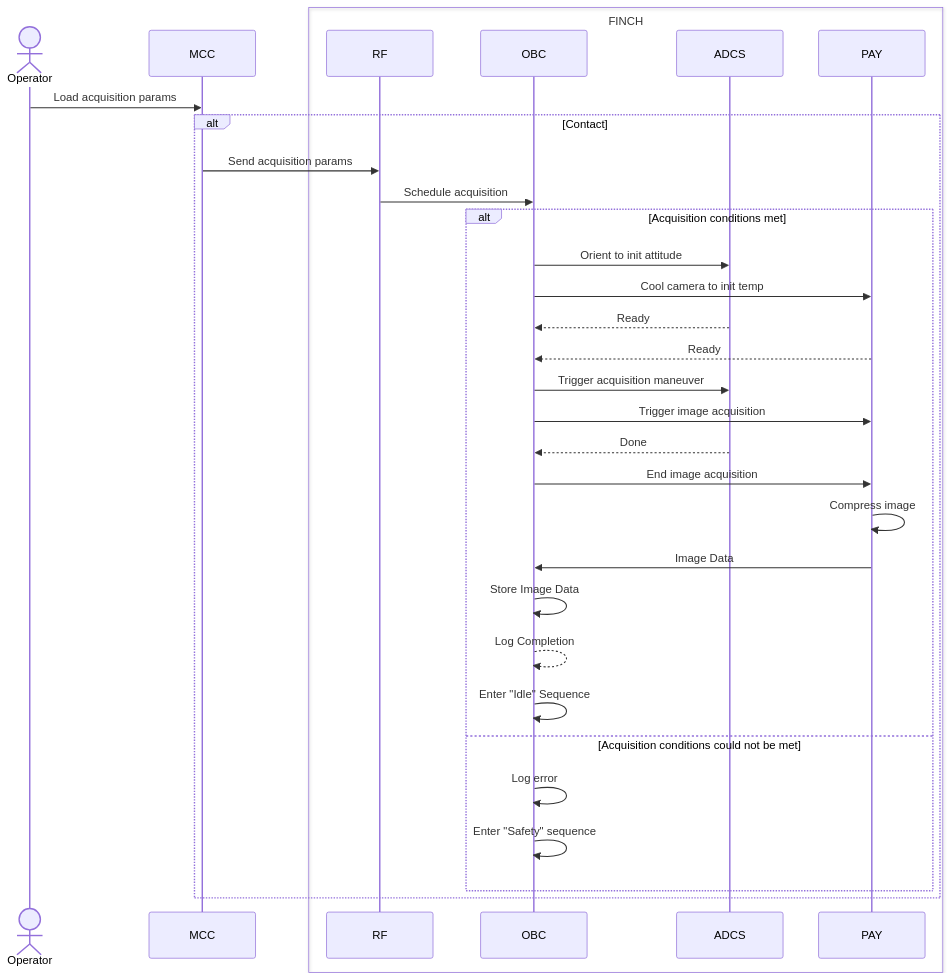
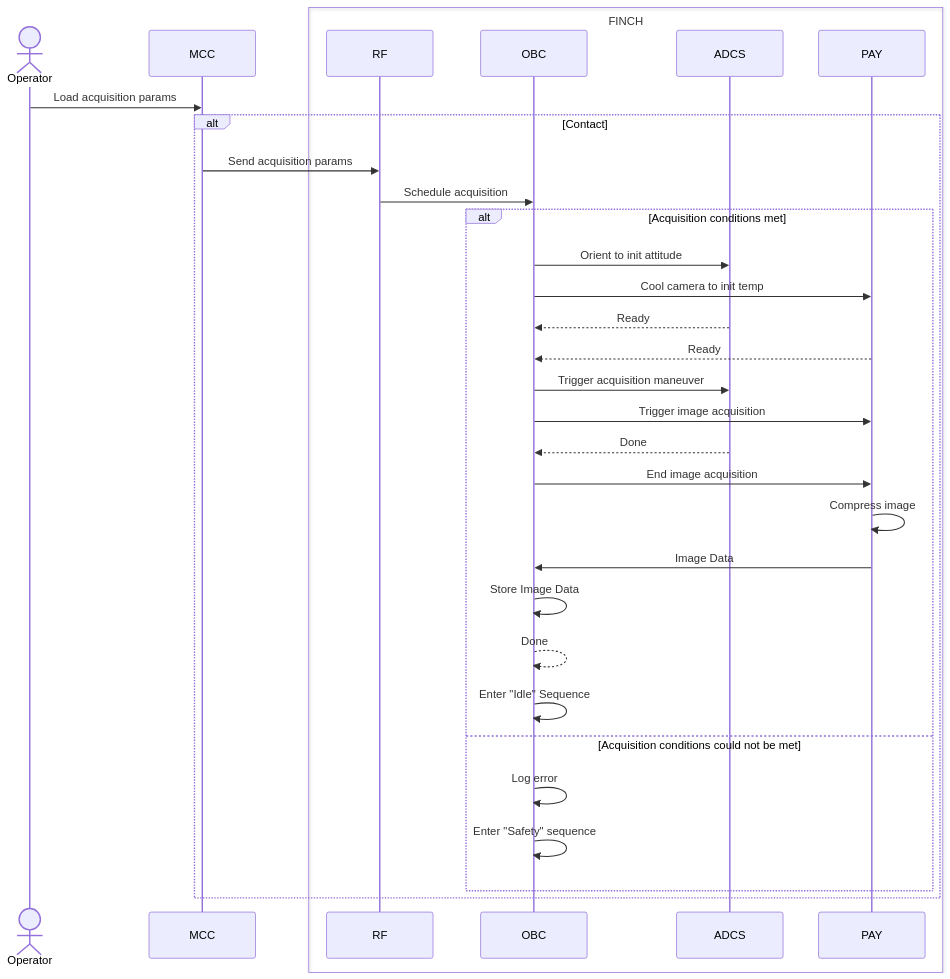
Before and after one commit to utat-ss/FINCH-sequence-diagrams: the diagram in command sequences/acquisition-command.md, drawn with Mermaid.

````diff
--- a/command sequences/acquisition-command.md
+++ b/command sequences/acquisition-command.md
@@ -2,45 +2,45 @@
 ```mermaid
 sequenceDiagram
     Actor Operator
     participant MCC
     box FINCH
         participant RF
         participant OBC
         participant ADCS
         participant PAY
     end
 
     Operator->>MCC: Load acquisition params
     alt Contact
         MCC->>RF: Send acquisition params
 
         RF->>OBC: Schedule acquisition
 
         alt Acquisition conditions met
             OBC->>ADCS: Orient to init attitude
             OBC->>PAY: Cool camera to init temp
             ADCS-->>OBC: Ready
             PAY-->>OBC: Ready
 
             OBC->>ADCS: Trigger acquisition maneuver
             OBC->>PAY: Trigger image acquisition
             ADCS-->>OBC: Done
             OBC->>PAY: End image acquisition
             PAY->>PAY: Compress image
             PAY->>OBC: Image Data
             OBC->>OBC: Store Image Data
-            OBC-->>OBC: Log Completion
+            OBC-->>OBC: Done
             OBC->>OBC: Enter "Idle" Sequence
 
 
         else Acquisition conditions could not be met
             OBC->>OBC: Log error
             OBC->>OBC: Enter "Safety" sequence
 
         end
     end
 
 
     
 
 ```
````
